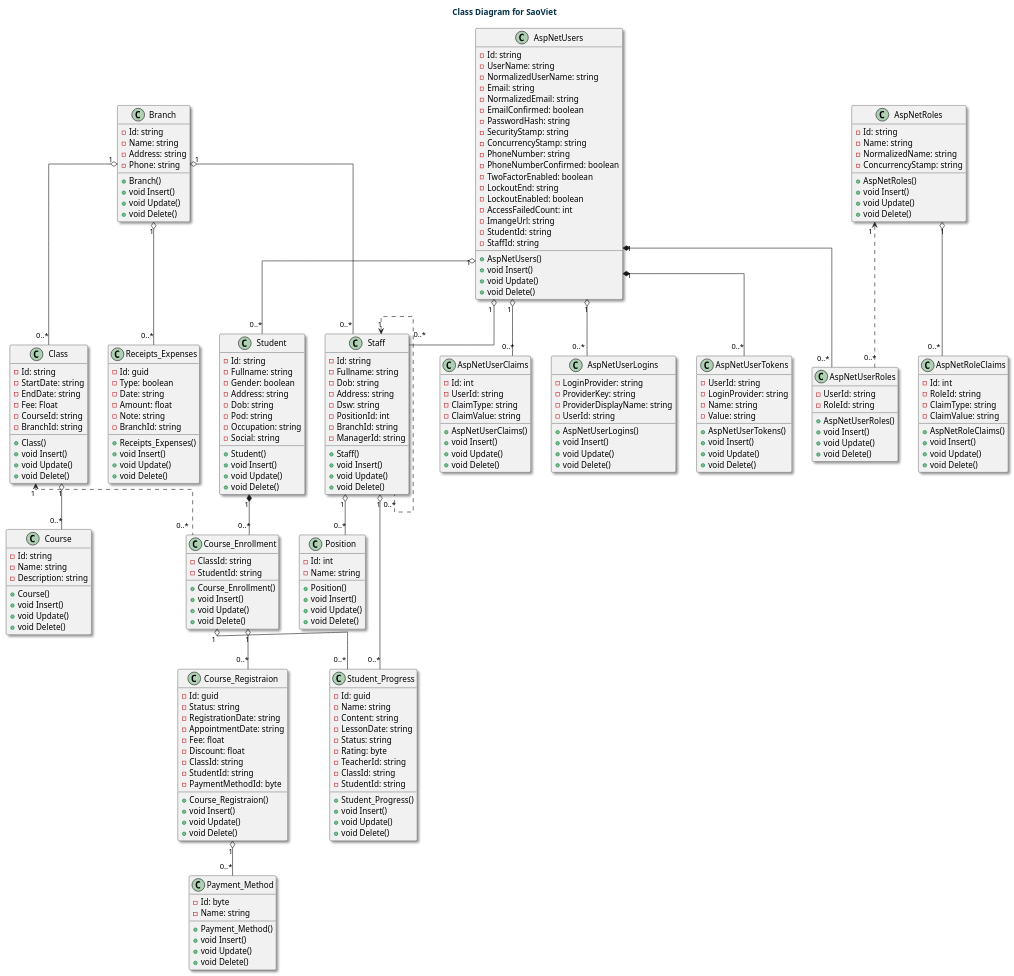
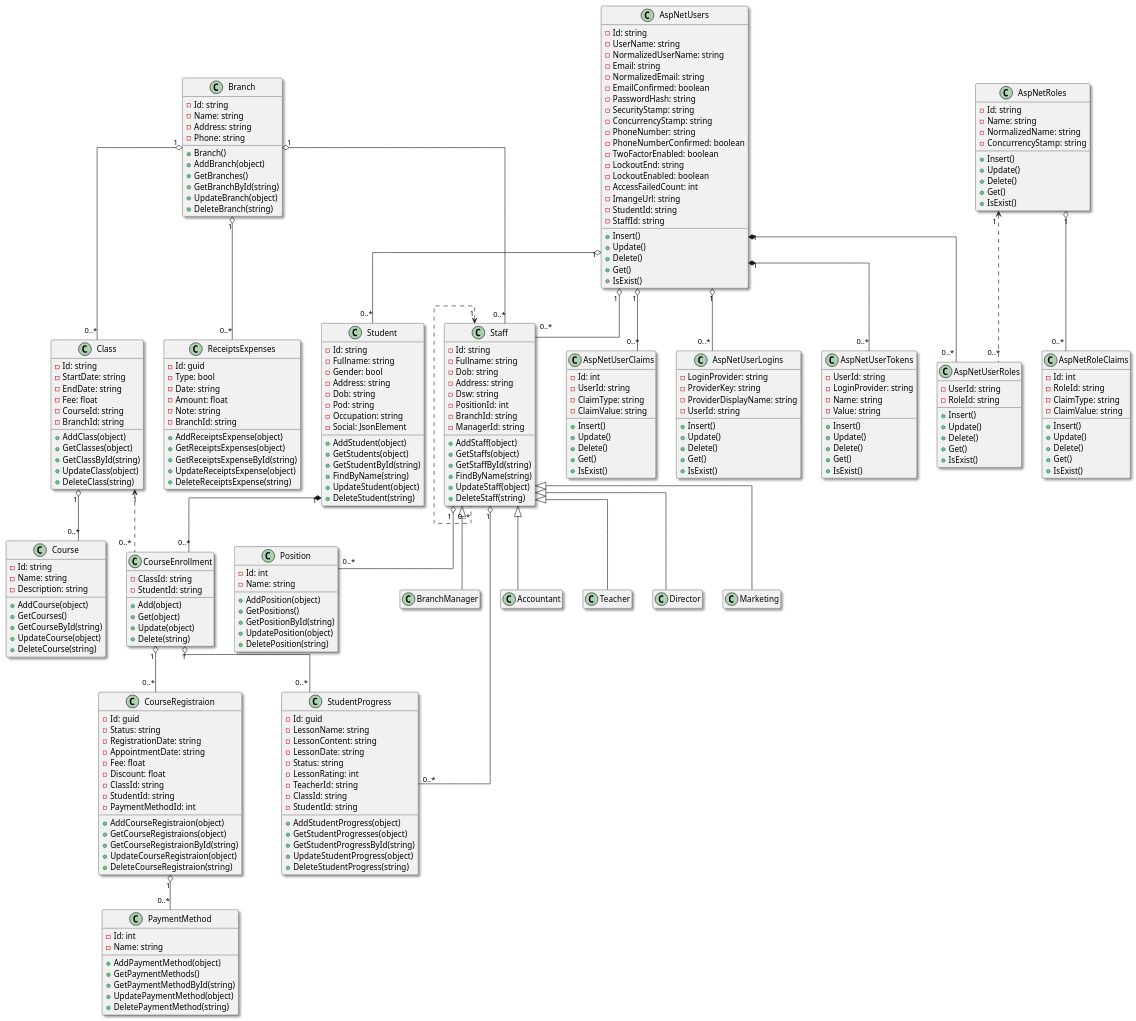
The diagram in resources/PlantUML/class.puml (foxminchan/SaoVietPortal), drawn with PlantUML before and after one commit. The commit also changed 38 other files, not shown here.

```diff
--- a/resources/PlantUML/class.puml
+++ b/resources/PlantUML/class.puml
@@ -1,8 +1,4 @@
 @startuml SaoVietClassDiagram
-
-title
-	<b><color:#023047>Class Diagram for SaoViet</color></b>
-end title
 
 skinparam linetype ortho
 skinparam shadowing true
@@ -10,48 +6,52 @@
 class Student {
 	- Id: string
 	- Fullname: string
-	- Gender: boolean
+	- Gender: bool
 	- Address: string
 	- Dob: string
 	- Pod: string
 	- Occupation: string
-	- Social: string
-	+ Student()
-	+ void Insert()
-	+ void Update()
-	+ void Delete()
+	- Social: JsonElement
+	+ AddStudent(object)
+	+ GetStudents(object)
+    + GetStudentById(string)
+    + FindByName(string)
+	+ UpdateStudent(object)
+	+ DeleteStudent(string)
 }
 
-class Course_Enrollment {
+class CourseEnrollment {
 	- ClassId: string
 	- StudentId: string
-	+ Course_Enrollment()
-	+ void Insert()
-	+ void Update()
-	+ void Delete()
+	+ Add(object)
+	+ Get(object)
+    + Update(object)
+    + Delete(string)
 }
 
 class Class {
 	- Id: string
 	- StartDate: string
 	- EndDate: string
-	- Fee: Float
+	- Fee: float
 	- CourseId: string
 	- BranchId: string
-	+ Class()
-	+ void Insert()
-	+ void Update()
-	+ void Delete()
+	+ AddClass(object)
+	+ GetClasses(object)
+	+ GetClassById(string)
+    + UpdateClass(object)
+    + DeleteClass(string)
 }
 
 class Course {
 	- Id: string
 	- Name: string
 	- Description: string
-	+ Course()
-	+ void Insert()
-	+ void Update()
-	+ void Delete()
+	+ AddCourse(object)
+	+ GetCourses()
+	+ GetCourseById(string)
+    + UpdateCourse(object)
+    + DeleteCourse(string)
 }
 
 class Branch {
@@ -60,22 +60,25 @@
 	- Address: string
 	- Phone: string
 	+ Branch()
-	+ void Insert()
-	+ void Update()
-	+ void Delete()
+	+ AddBranch(object)
+	+ GetBranches()
+	+ GetBranchById(string)
+    + UpdateBranch(object)
+    + DeleteBranch(string)
 }
 
-class Receipts_Expenses {
+class ReceiptsExpenses {
 	- Id: guid
-	- Type: boolean
+	- Type: bool
 	- Date: string
 	- Amount: float
 	- Note: string
 	- BranchId: string
-	+ Receipts_Expenses()
-	+ void Insert()
-	+ void Update()
-	+ void Delete()
+	+ AddReceiptsExpense(object)
+	+ GetReceiptsExpenses(object)
+	+ GetReceiptsExpenseById(string)
+    + UpdateReceiptsExpense(object)
+    + DeleteReceiptsExpense(string)
 }
 
 class Staff {
@@ -87,38 +90,42 @@
 	- PositionId: int
 	- BranchId: string
 	- ManagerId: string
-	+ Staff()
-	+ void Insert()
-	+ void Update()
-	+ void Delete()
+	+ AddStaff(object)
+	+ GetStaffs(object)
+    + GetStaffById(string)
+    + FindByName(string)
+	+ UpdateStaff(object)
+	+ DeleteStaff(string)
 }
 
 class Position {
 	- Id: int
 	- Name: string
-	+ Position()
-	+ void Insert()
-	+ void Update()
-	+ void Delete()
+	+ AddPosition(object)
+	+ GetPositions()
+	+ GetPositionById(string)
+    + UpdatePosition(object)
+    + DeletePosition(string)
 }
 
-class Student_Progress {
+class StudentProgress {
 	- Id: guid
-	- Name: string
-	- Content: string
+	- LessonName: string
+	- LessonContent: string
 	- LessonDate: string
 	- Status: string
-	- Rating: byte
+	- LessonRating: int
 	- TeacherId: string
 	- ClassId: string
 	- StudentId: string
-	+ Student_Progress()
-	+ void Insert()
-	+ void Update()
-	+ void Delete()
+	+ AddStudentProgress(object)
+	+ GetStudentProgresses(object)
+	+ GetStudentProgressById(string)
+    + UpdateStudentProgress(object)
+    + DeleteStudentProgress(string)
 }
 
-class Course_Registraion {
+class CourseRegistraion {
 	- Id: guid
 	- Status: string
 	- RegistrationDate: string
@@ -127,20 +134,22 @@
 	- Discount: float
 	- ClassId: string
 	- StudentId: string
-	- PaymentMethodId: byte
-	+ Course_Registraion()
-	+ void Insert()
-	+ void Update()
-	+ void Delete()
+	- PaymentMethodId: int
+	+ AddCourseRegistraion(object)
+	+ GetCourseRegistraions(object)
+	+ GetCourseRegistraionById(string)
+    + UpdateCourseRegistraion(object)
+    + DeleteCourseRegistraion(string)
 }
 
-class Payment_Method {
-	- Id: byte
+class PaymentMethod {
+	- Id: int
 	- Name: string
-	+ Payment_Method()
-	+ void Insert()
-	+ void Update()
-	+ void Delete()
+	+ AddPaymentMethod(object)
+	+ GetPaymentMethods()
+	+ GetPaymentMethodById(string)
+    + UpdatePaymentMethod(object)
+    + DeletePaymentMethod(string)
 }
 
 class AspNetUsers {
@@ -162,10 +171,11 @@
 	- ImangeUrl: string
 	- StudentId: string
 	- StaffId: string
-	+ AspNetUsers()
-	+ void Insert()
-	+ void Update()
-	+ void Delete()
+	+ Insert()
+	+ Update()
+	+ Delete()
+	+ Get()
+	+ IsExist()
 }
 
 class AspNetUserClaims {
@@ -173,10 +183,11 @@
 	- UserId: string
 	- ClaimType: string
 	- ClaimValue: string
-	+ AspNetUserClaims()
-	+ void Insert()
-	+ void Update()
-	+ void Delete()
+	+ Insert()
+	+ Update()
+	+ Delete()
+	+ Get()
+	+ IsExist()
 }
 
 class AspNetUserLogins {
@@ -184,10 +195,11 @@
 	- ProviderKey: string
 	- ProviderDisplayName: string
 	- UserId: string
-	+ AspNetUserLogins()
-	+ void Insert()
-	+ void Update()
-	+ void Delete()
+	+ Insert()
+	+ Update()
+	+ Delete()
+	+ Get()
+	+ IsExist()
 }
 
 class AspNetUserTokens {
@@ -195,19 +207,21 @@
 	- LoginProvider: string
 	- Name: string
 	- Value: string
-	+ AspNetUserTokens()
-	+ void Insert()
-	+ void Update()
-	+ void Delete()
+	+ Insert()
+	+ Update()
+	+ Delete()
+	+ Get()
+	+ IsExist()
 }
 
 class AspNetUserRoles {
 	- UserId: string
 	- RoleId: string
-	+ AspNetUserRoles()
-	+ void Insert()
-	+ void Update()
-	+ void Delete()
+	+ Insert()
+	+ Update()
+	+ Delete()
+	+ Get()
+	+ IsExist()
 }
 
 class AspNetRoles {
@@ -215,10 +229,11 @@
 	- Name: string
 	- NormalizedName: string
 	- ConcurrencyStamp: string
-	+ AspNetRoles()
-	+ void Insert()
-	+ void Update()
-	+ void Delete()
+	+ Insert()
+	+ Update()
+	+ Delete()
+	+ Get()
+	+ IsExist()
 }
 
 class AspNetRoleClaims {
@@ -226,11 +241,20 @@
 	- RoleId: string
 	- ClaimType: string
 	- ClaimValue: string
-	+ AspNetRoleClaims()
-	+ void Insert()
-	+ void Update()
-	+ void Delete()
+	+ Insert()
+	+ Update()
+	+ Delete()
+	+ Get()
+	+ IsExist()
 }
+
+hide empty members
+
+class BranchManager
+class Accountant
+class Teacher
+class Director
+class Marketing
 
 AspNetUsers "1" o-- "0..*" Student
 AspNetUsers "1" o-- "0..*" Staff
@@ -240,17 +264,22 @@
 AspNetUsers "1" *-- "0..*" AspNetUserRoles
 AspNetRoles "1" <.. "0..*" AspNetUserRoles
 AspNetRoles "1" o-- "0..*" AspNetRoleClaims
-Student "1" *-- "0..*" Course_Enrollment
-Class "1" <.. "0..*" Course_Enrollment
+Student "1" *-- "0..*" CourseEnrollment
+Class "1" <.. "0..*" CourseEnrollment
 Class "1" o-- "0..*" Course
-Course_Enrollment "1" o-- "0..*" Student_Progress
-Course_Enrollment "1" o-- "0..*" Course_Registraion
-Course_Registraion "1" o-- "0..*" Payment_Method
+CourseEnrollment "1" o-- "0..*" StudentProgress
+CourseEnrollment "1" o-- "0..*" CourseRegistraion
+CourseRegistraion "1" o-- "0..*" PaymentMethod
 Branch "1" o-- "0..*" Class
-Branch "1" o-- "0..*" Receipts_Expenses
+Branch "1" o-- "0..*" ReceiptsExpenses
 Branch "1" o-- "0..*" Staff
 Staff "1" <.. "0..*" Staff
 Staff "1" o-- "0..*" Position
-Staff "1" o-- "0..*" Student_Progress
+Staff "1" o-- "0..*" StudentProgress
+Staff <|-down- BranchManager
+Staff <|-down- Accountant
+Staff <|-down- Teacher
+Staff <|-down- Director
+Staff <|-down- Marketing
 
 @enduml
```
